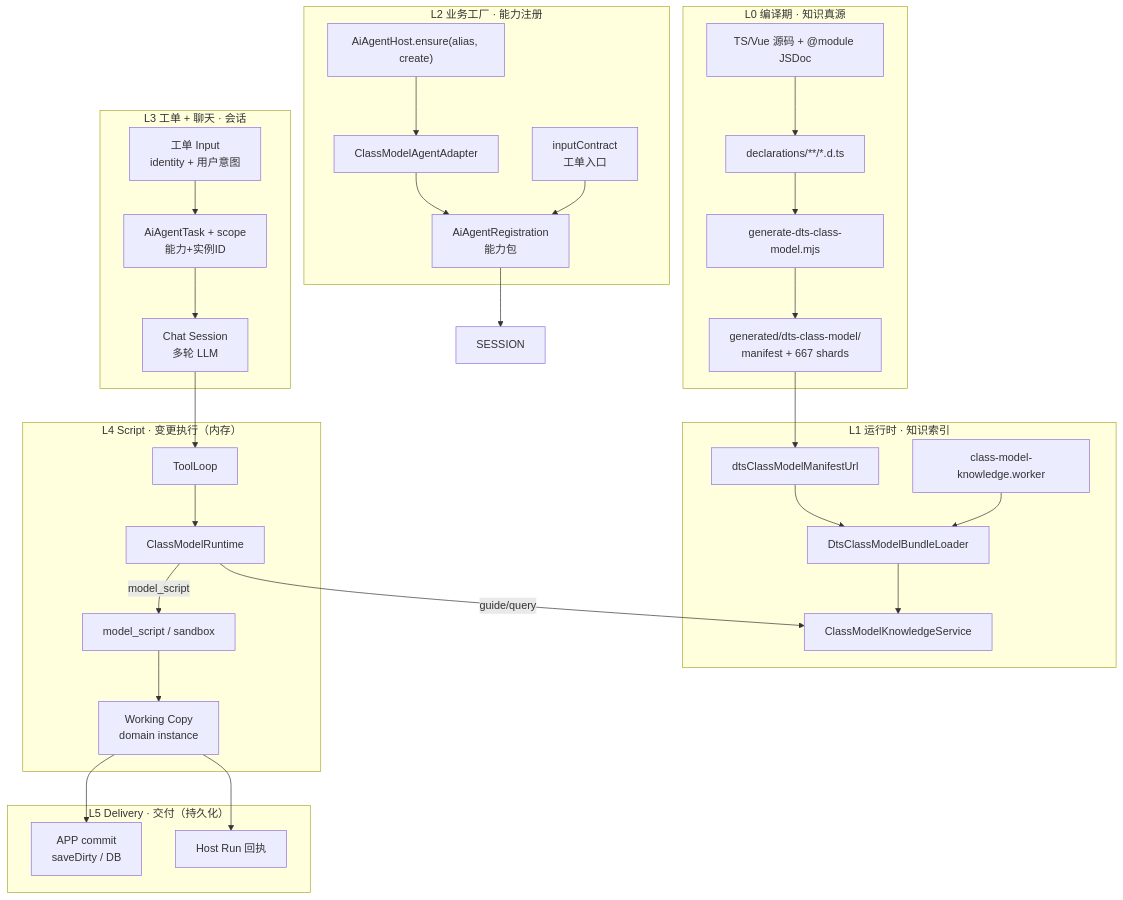
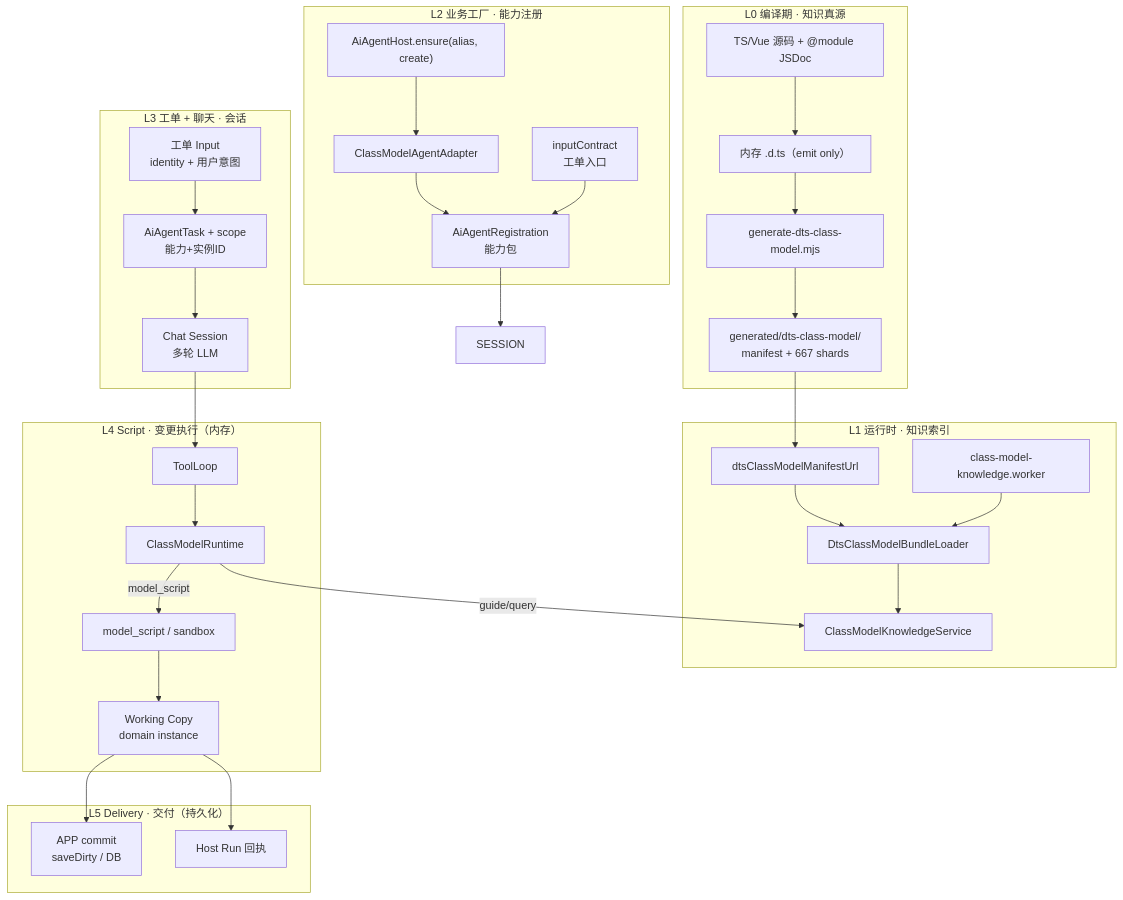
The diagram in packages/spark-ai/docs/end-to-end-platform.md (LMSpark/spark-view-vue), drawn with Mermaid before and after one commit. The commit also changed other lines of this file and 2696 other files, not shown here.

````diff
--- a/packages/spark-ai/docs/end-to-end-platform.md
+++ b/packages/spark-ai/docs/end-to-end-platform.md
@@ -133,55 +133,55 @@
 ```mermaid
 flowchart TB
   subgraph L0["L0 编译期 · 知识真源"]
     SRC["TS/Vue 源码 + @module JSDoc"]
-    DTS["declarations/**/*.d.ts"]
+    DTS["内存 .d.ts（emit only）"]
     GEN["generate-dts-class-model.mjs"]
     BUNDLE["generated/dts-class-model/<br/>manifest + 667 shards"]
     SRC --> DTS --> GEN --> BUNDLE
   end
 
   subgraph L1["L1 运行时 · 知识索引"]
     URL["dtsClassModelManifestUrl"]
     WORKER["class-model-knowledge.worker"]
     LOADER["DtsClassModelBundleLoader"]
     KS["ClassModelKnowledgeService"]
     URL --> LOADER
     WORKER --> LOADER --> KS
   end
 
   subgraph L2["L2 业务工厂 · 能力注册"]
     ENSURE["AiAgentHost.ensure(alias, create)"]
     ADAPTER["ClassModelAgentAdapter"]
     REG["AiAgentRegistration<br/>能力包"]
     CONTRACT["inputContract<br/>工单入口"]
     ENSURE --> ADAPTER --> REG
     CONTRACT --> REG
   end
 
   subgraph L3["L3 工单 + 聊天 · 会话"]
     INPUT["工单 Input<br/>identity + 用户意图"]
     TASK["AiAgentTask + scope<br/>能力+实例ID"]
     CHAT["Chat Session<br/>多轮 LLM"]
     INPUT --> TASK --> CHAT
   end
 
   subgraph L4["L4 Script · 变更执行（内存）"]
     LOOP["ToolLoop"]
     RT["ClassModelRuntime"]
     SCRIPT["model_script / sandbox"]
     WC["Working Copy<br/>domain instance"]
     CHAT --> LOOP --> RT
     RT -->|model_script| SCRIPT --> WC
     RT -->|guide/query| KS
   end
 
   subgraph L5["L5 Delivery · 交付（持久化）"]
     COMMIT["APP commit<br/>saveDirty / DB"]
     RECEIPT["Host Run 回执"]
     WC --> COMMIT
     WC --> RECEIPT
   end
 
   BUNDLE --> URL
   REG --> SESSION
 ```
````
